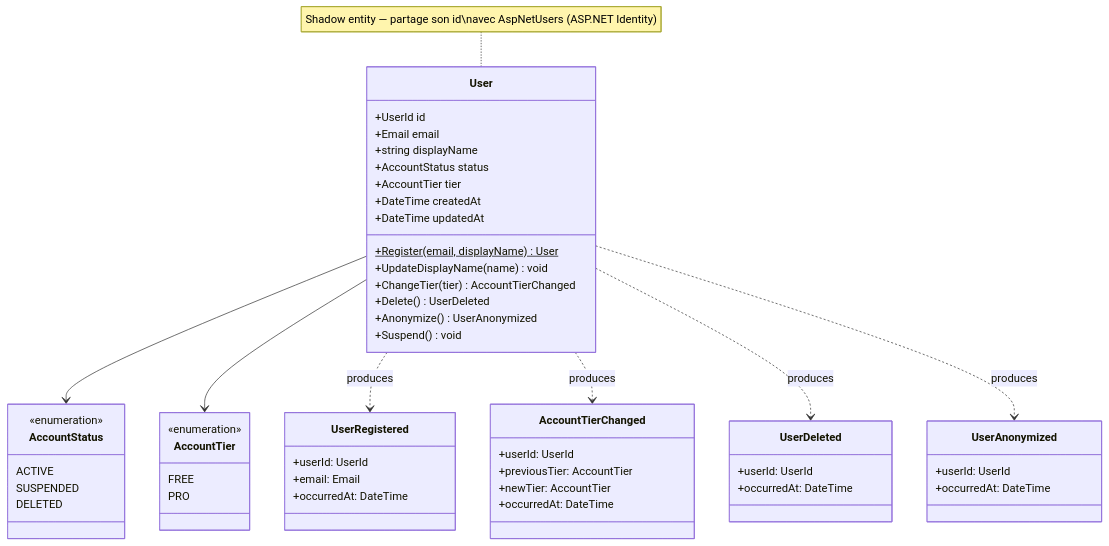
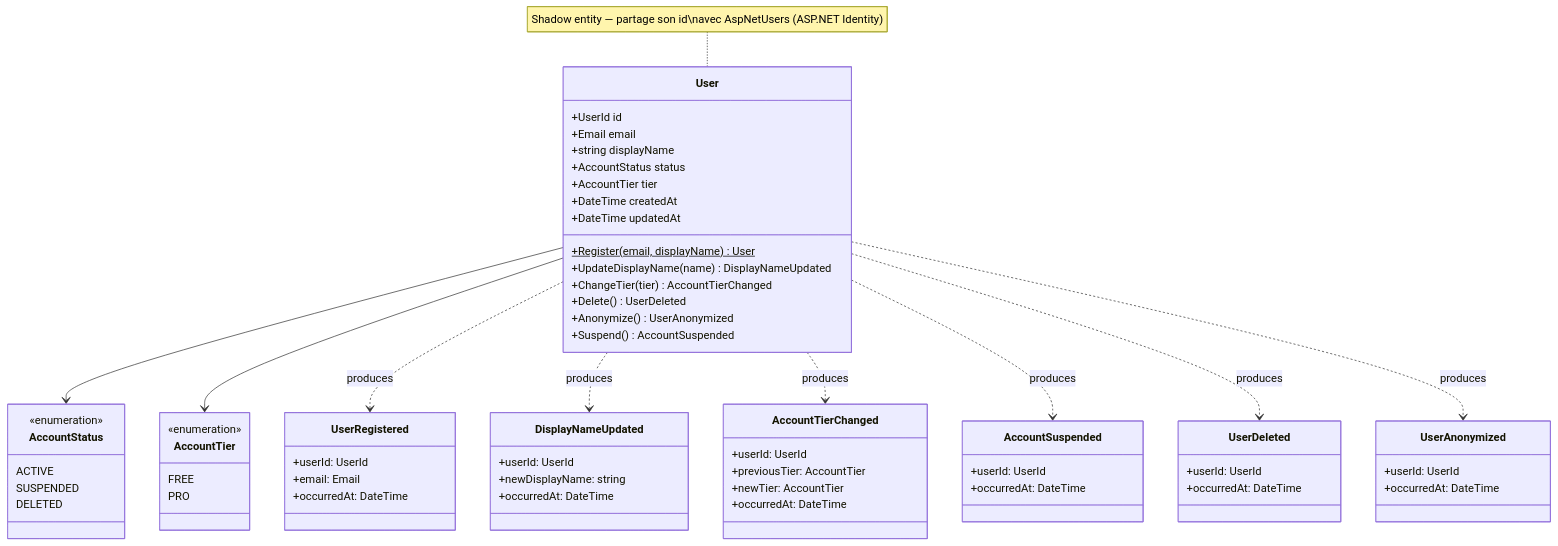
One commit to 2025-10-CDA-ECO-P6/PM-micro-saas changed the diagram in docs/conception/domain/diagrams/classes/identity-access.md. Above: the diagram before and after it, drawn with Mermaid. The commit also changed 17 other files, not shown here.

````diff
--- a/docs/conception/domain/diagrams/classes/identity-access.md
+++ b/docs/conception/domain/diagrams/classes/identity-access.md
@@ -3,63 +3,76 @@
 ```mermaid
 classDiagram
     class User {
         +UserId id
         +Email email
         +string displayName
         +AccountStatus status
         +AccountTier tier
         +DateTime createdAt
         +DateTime updatedAt
         +Register(email, displayName)$ User
-        +UpdateDisplayName(name) void
+        +UpdateDisplayName(name) DisplayNameUpdated
         +ChangeTier(tier) AccountTierChanged
         +Delete() UserDeleted
         +Anonymize() UserAnonymized
-        +Suspend() void
+        +Suspend() AccountSuspended
     }
 
     class AccountStatus {
         <<enumeration>>
         ACTIVE
         SUSPENDED
         DELETED
     }
 
     class AccountTier {
         <<enumeration>>
         FREE
         PRO
     }
 
     class UserRegistered {
         +userId: UserId
         +email: Email
         +occurredAt: DateTime
     }
 
     class AccountTierChanged {
         +userId: UserId
         +previousTier: AccountTier
         +newTier: AccountTier
         +occurredAt: DateTime
     }
 
     class UserDeleted {
         +userId: UserId
         +occurredAt: DateTime
     }
 
     class UserAnonymized {
         +userId: UserId
         +occurredAt: DateTime
     }
 
+    class DisplayNameUpdated {
+        +userId: UserId
+        +newDisplayName: string
+        +occurredAt: DateTime
+    }
+
+    class AccountSuspended {
+        +userId: UserId
+        +occurredAt: DateTime
+    }
+
     User --> AccountStatus
     User --> AccountTier
     User ..> UserRegistered : produces
+    User ..> DisplayNameUpdated : produces
     User ..> AccountTierChanged : produces
+    User ..> AccountSuspended : produces
     User ..> UserDeleted : produces
     User ..> UserAnonymized : produces
 
     note for User "Shadow entity — partage son id\navec AspNetUsers (ASP.NET Identity)"
 ```
````
